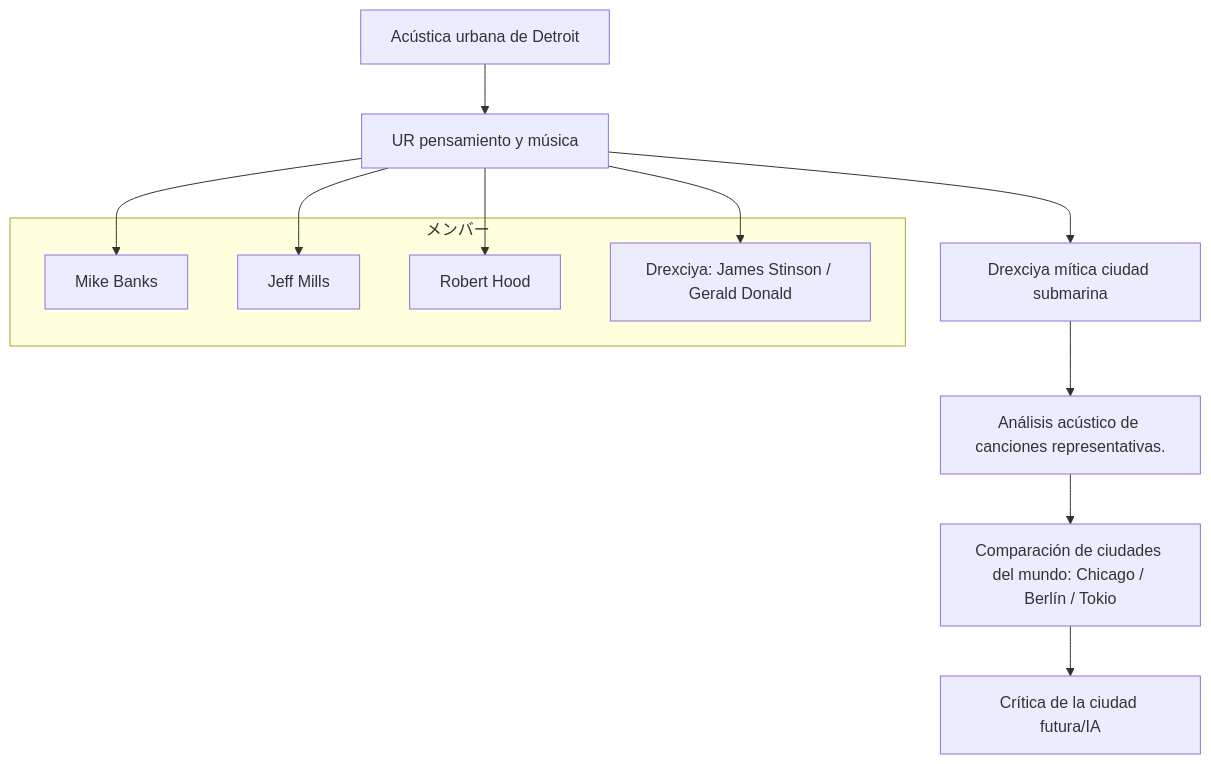
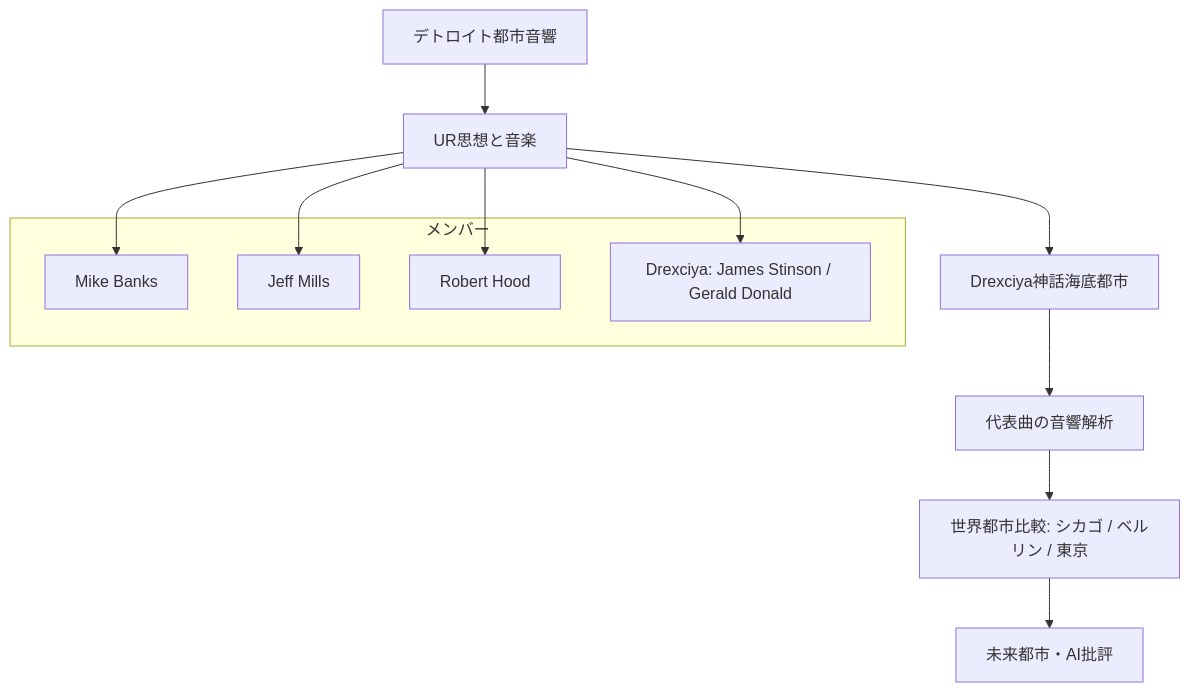
The first of 4 diagrams in es/_posts/2025-11-15-column-ur.md (monumental-movement/monumental-movement.github.io), drawn with Mermaid before and after one commit. The commit also changed other lines of this file and 299 other files, not shown here.

```diff
--- a/es/_posts/2025-11-15-column-ur.md
+++ b/es/_posts/2025-11-15-column-ur.md
@@ -211,23 +211,23 @@
 <div class="mermaid">
 
 graph TD
 
-    A[Acústica urbana de Detroit] --> B[UR pensamiento y música]
-    B --> C[Drexciya mítica ciudad submarina]
-    C --> D[Análisis acústico de canciones representativas.]
-    D --> E[Comparación de ciudades del mundo: Chicago / Berlín / Tokio]
-    E --> F[Crítica de la ciudad futura/IA]
+    A[デトロイト都市音響] --> B[UR思想と音楽]
+    B --> C[Drexciya神話海底都市]
+    C --> D[代表曲の音響解析]
+    D --> E[世界都市比較: シカゴ / ベルリン / 東京]
+    E --> F[未来都市・AI批評]
 
     subgraph メンバー
         MB[Mike Banks]
         JM[Jeff Mills]
         RH[Robert Hood]
         DR[Drexciya: James Stinson / Gerald Donald]
     end
 
     B --> MB
     B --> JM
     B --> RH
     B --> DR
 
 </div>
```
